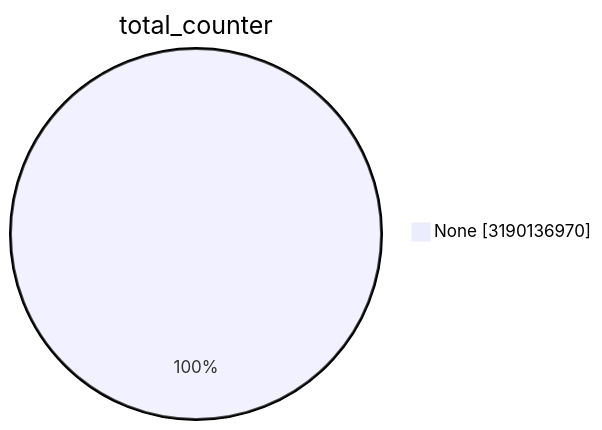
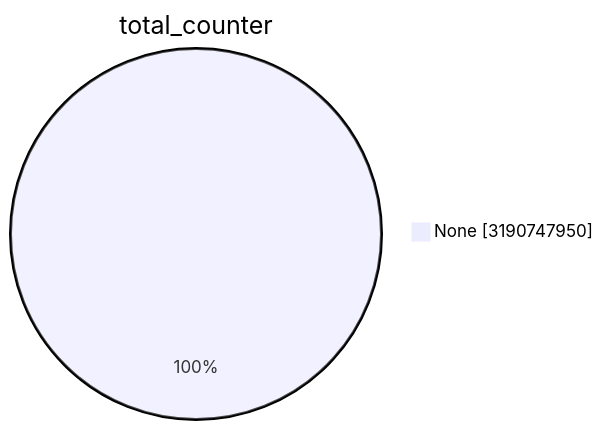
Before and after one commit to christiankrug/ctmonitor_visualization: the first of 15 diagrams in TOTAL/README.md, drawn with Mermaid. The commit also changed other lines of this file, not shown here.

````diff
--- a/TOTAL/README.md
+++ b/TOTAL/README.md
@@ -1,5 +1,5 @@
 ```mermaid
 pie showData
 title total_counter
-"None" :3190136970
+"None" :3190747950
 ```
````
